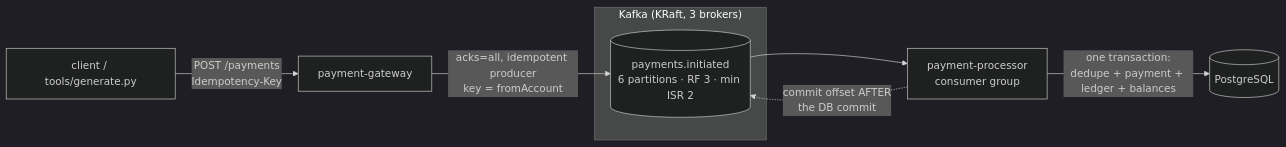
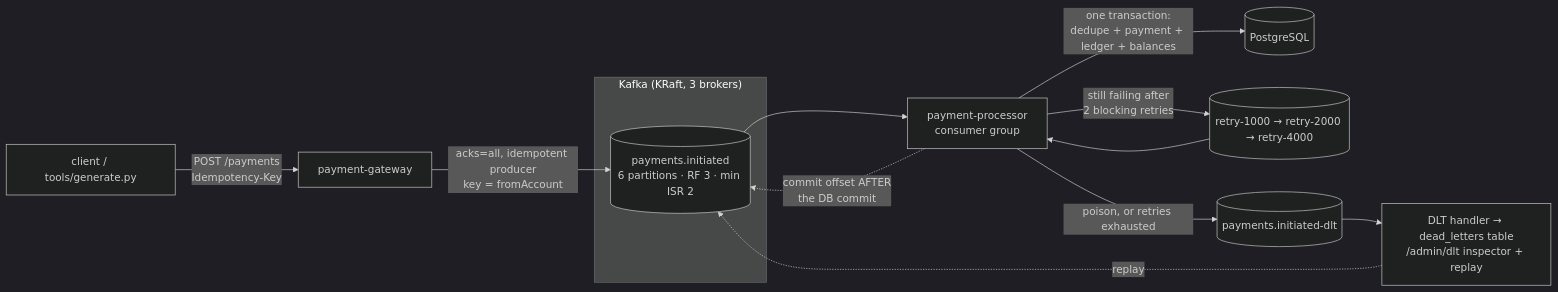
One commit to KulmeetSJ/payflow-sim changed the diagram in README.md. Above: the diagram before and after it, drawn with Mermaid (dark theme). The commit also changed other lines of this file and 19 other files, not shown here.

First line of the commit message:
Phase 2: retries, DLT with replay, consumer-scaling demo

````diff
--- a/README.md
+++ b/README.md
@@ -18,11 +18,16 @@
 ```mermaid
 flowchart LR
   client["client / tools/generate.py"] -->|"POST /payments<br/>Idempotency-Key"| gw[payment-gateway]
   gw -->|"acks=all, idempotent producer<br/>key = fromAccount"| topic[("payments.initiated<br/>6 partitions · RF 3 · min ISR 2")]
   subgraph K["Kafka (KRaft, 3 brokers)"]
     topic
   end
   topic --> proc["payment-processor<br/>consumer group"]
   proc -->|"one transaction:<br/>dedupe + payment + ledger + balances"| pg[(PostgreSQL)]
   proc -.->|"commit offset AFTER<br/>the DB commit"| topic
+  proc -->|"still failing after<br/>2 blocking retries"| retry[("retry-1000 → retry-2000 → retry-4000")]
+  retry --> proc
+  proc -->|"poison, or retries exhausted"| dlt[("payments.initiated-dlt")]
+  dlt --> idx["DLT handler → dead_letters table<br/>/admin/dlt inspector + replay"]
+  idx -.->|replay| topic
 ```
````
